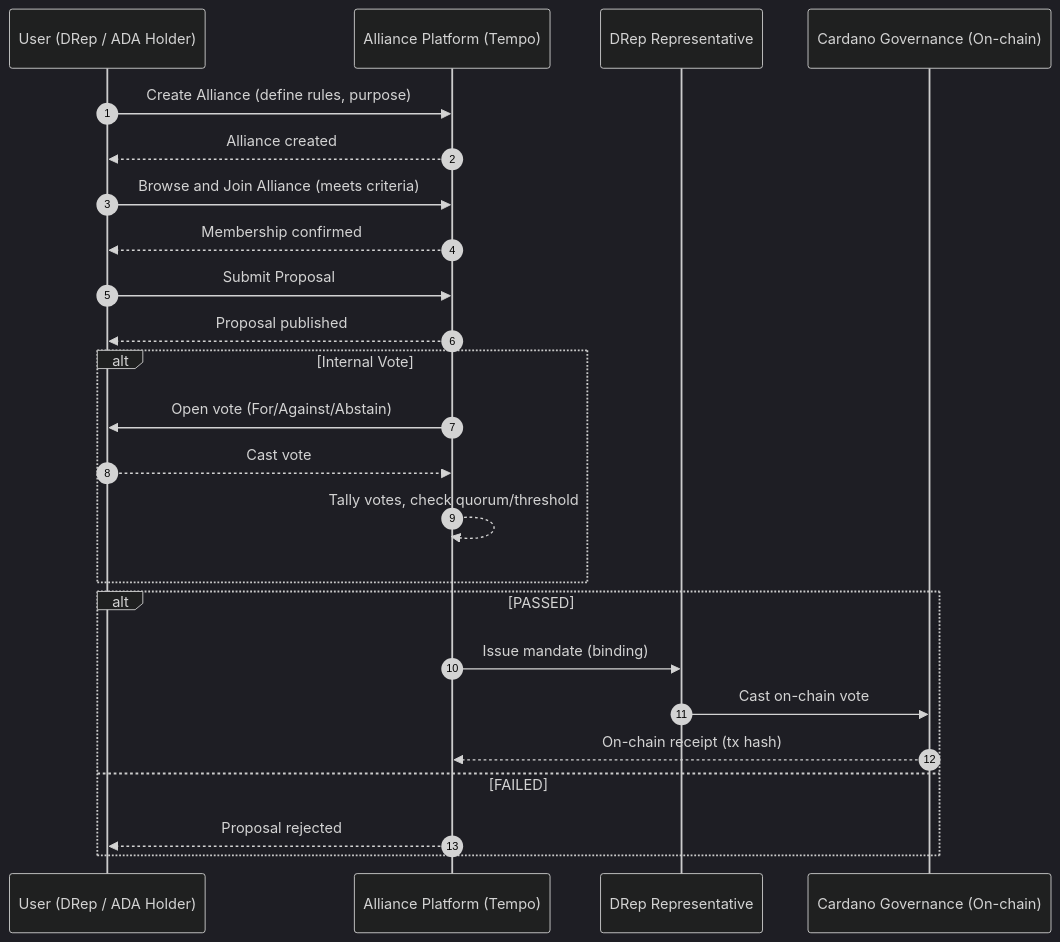
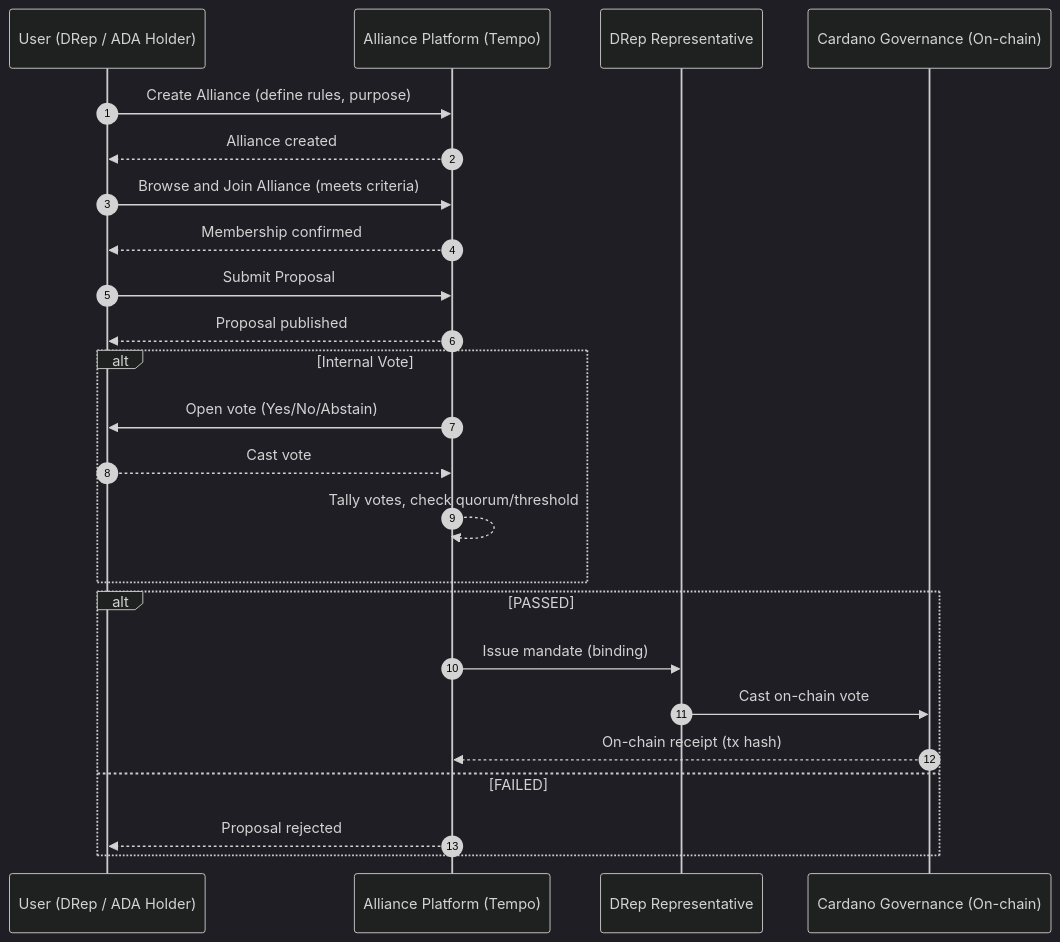
One commit to dano-finance/tempo changed the first of 2 diagrams in design/ux-userflow.md. Above: the diagram before and after it, drawn with Mermaid (dark theme). The commit also changed other lines of this file, not shown here.

````diff
--- a/design/ux-userflow.md
+++ b/design/ux-userflow.md
@@ -10,31 +10,31 @@
 ```mermaid
 sequenceDiagram
     autonumber
     participant U as User (DRep / ADA Holder)
     participant AL as Alliance Platform (Tempo)
     participant DR as DRep Representative
     participant CH as Cardano Governance (On-chain)
 
     U->>AL: Create Alliance (define rules, purpose)
     AL-->>U: Alliance created
 
     U->>AL: Browse and Join Alliance (meets criteria)
     AL-->>U: Membership confirmed
 
     U->>AL: Submit Proposal
     AL-->>U: Proposal published
 
     alt Internal Vote
-        AL->>U: Open vote (For/Against/Abstain)
+        AL->>U: Open vote (Yes/No/Abstain)
         U-->>AL: Cast vote
         AL-->>AL: Tally votes, check quorum/threshold
     end
 
     alt PASSED
         AL->>DR: Issue mandate (binding)
         DR->>CH: Cast on-chain vote
         CH-->>AL: On-chain receipt (tx hash)
     else FAILED
         AL-->>U: Proposal rejected
     end
 ```
````
